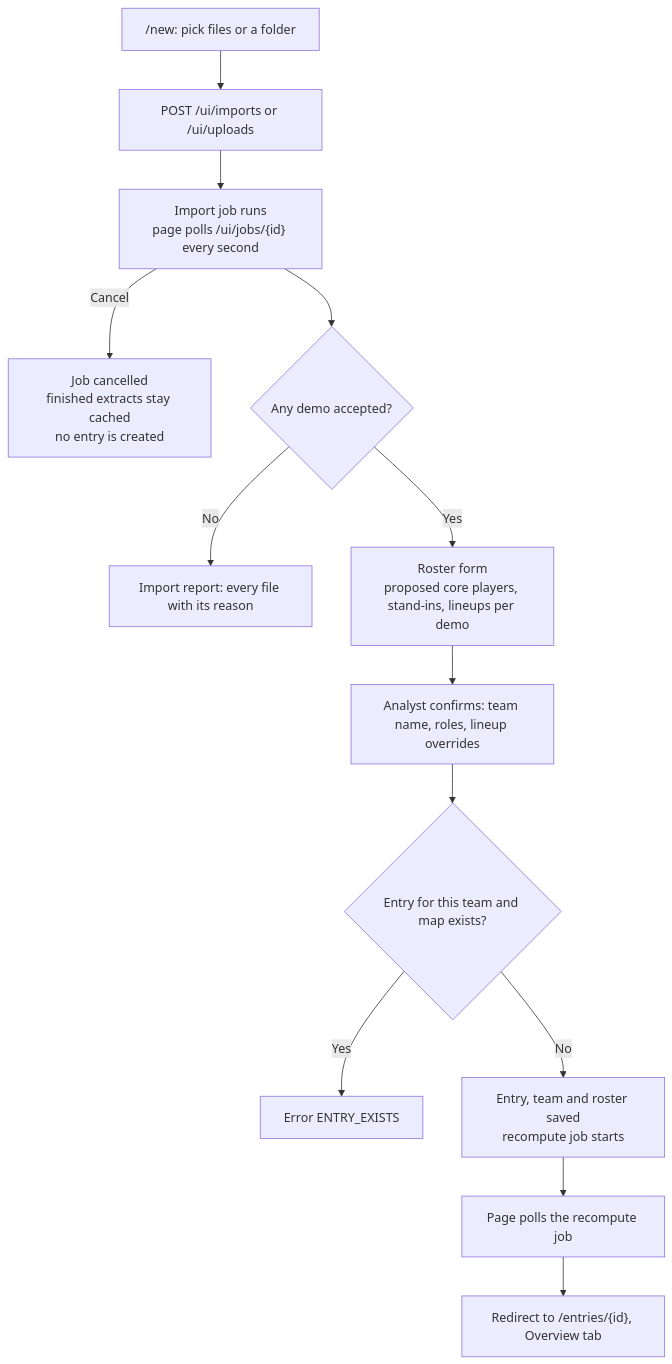
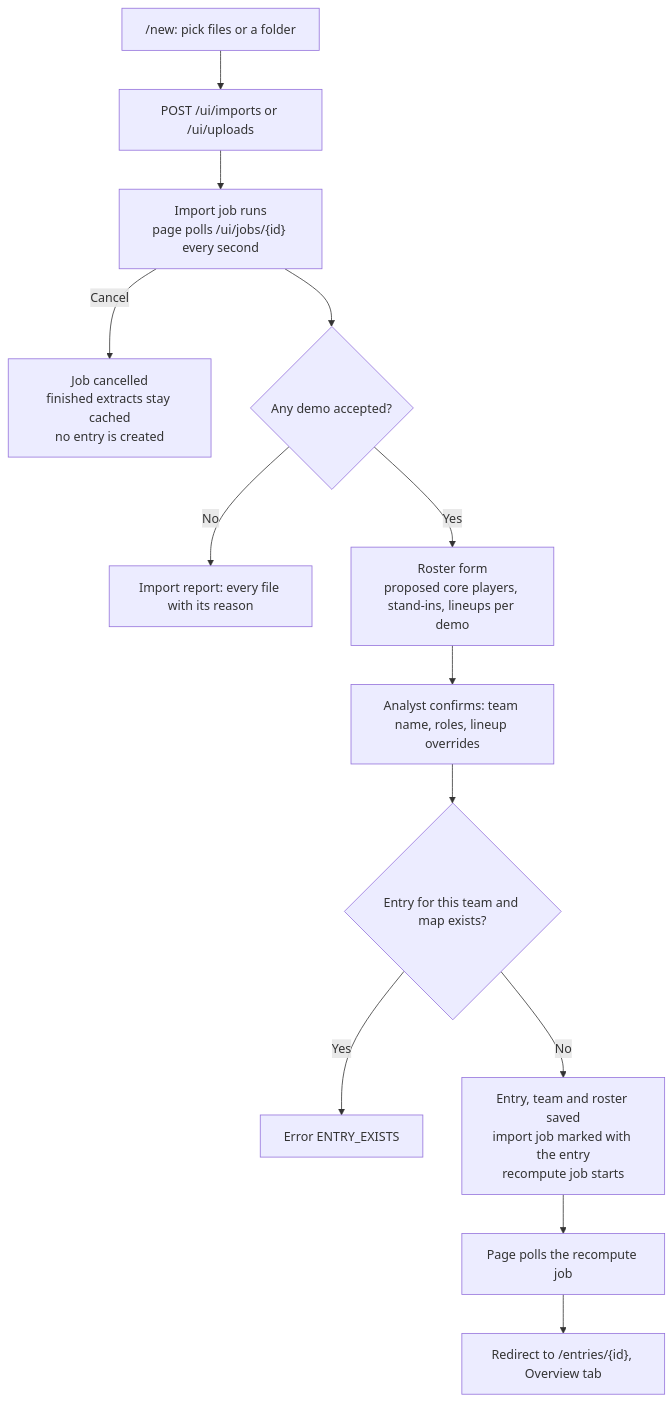
Before and after one commit to GeorgeMac06/CS2-demo-analyser: the second of 5 diagrams in docs/workflows/user-journeys.md, drawn with Mermaid. The commit also changed other lines of this file and 14 other files, not shown here.

````diff
--- a/docs/workflows/user-journeys.md
+++ b/docs/workflows/user-journeys.md
@@ -27,15 +28,15 @@
 ```mermaid
 flowchart TD
   A["/new: pick files or a folder"] --> B["POST /ui/imports or /ui/uploads"]
   B --> C["Import job runs<br/>page polls /ui/jobs/{id} every second"]
   C -->|Cancel| X["Job cancelled<br/>finished extracts stay cached<br/>no entry is created"]
   C --> D{"Any demo accepted?"}
   D -->|No| R["Import report: every file with its reason"]
   D -->|Yes| E["Roster form<br/>proposed core players, stand-ins, lineups per demo"]
   E --> F["Analyst confirms: team name, roles, lineup overrides"]
   F --> G{"Entry for this team and map exists?"}
   G -->|Yes| H["Error ENTRY_EXISTS"]
-  G -->|No| I["Entry, team and roster saved<br/>recompute job starts"]
+  G -->|No| I["Entry, team and roster saved<br/>import job marked with the entry<br/>recompute job starts"]
   I --> J["Page polls the recompute job"]
   J --> K["Redirect to /entries/{id}, Overview tab"]
 ```
````
